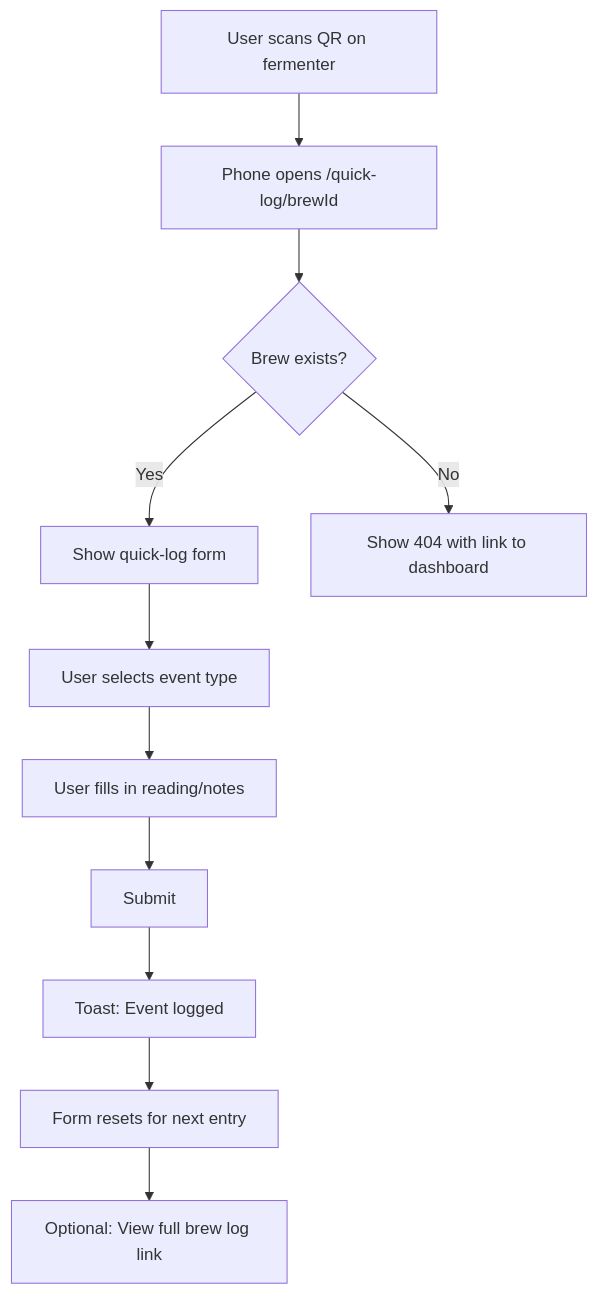
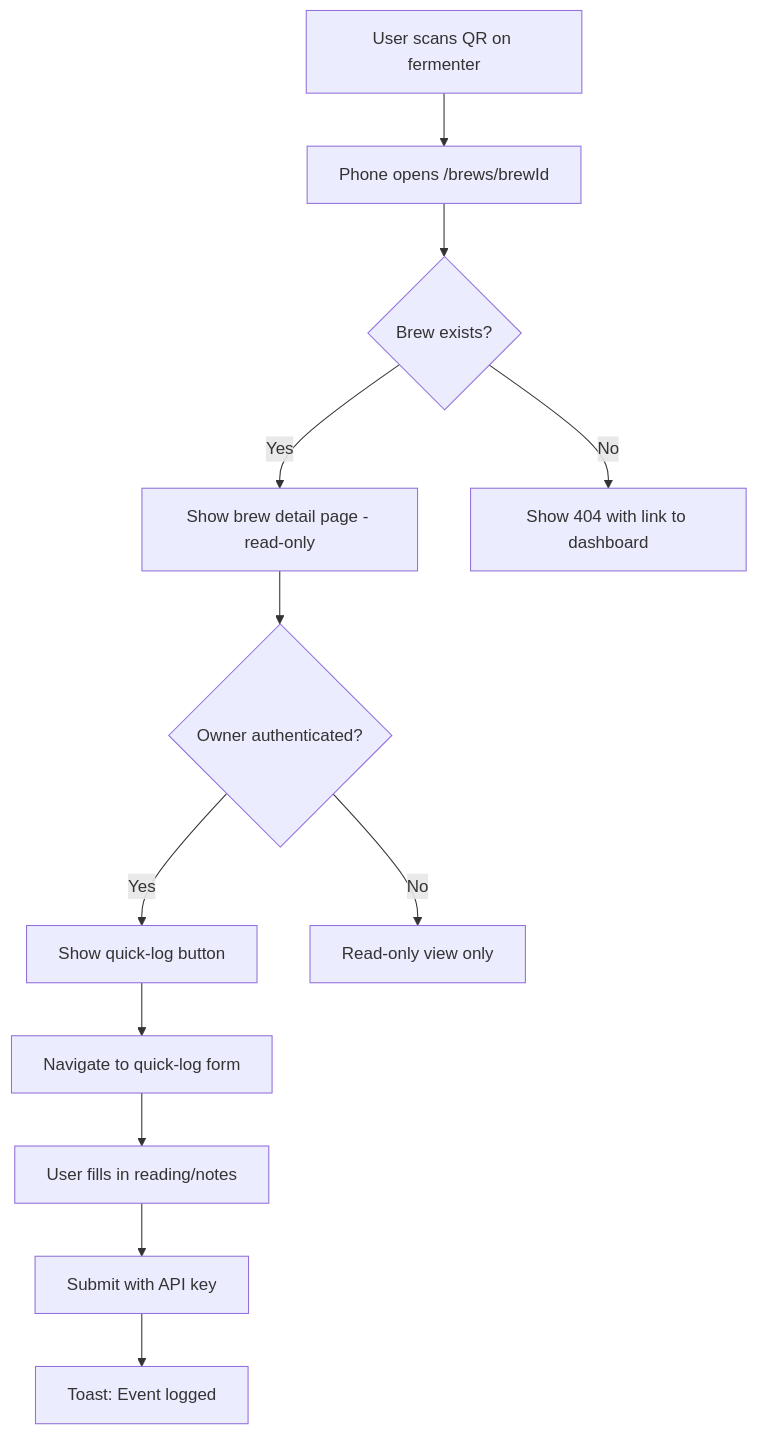
Before and after one commit to vivekmaru/brewlog: the third of 5 diagrams in ARCHITECTURE.md, drawn with Mermaid. The commit also changed other lines of this file, not shown here.

First line of the commit message:
docs: update architecture based on review feedback

````diff
--- a/ARCHITECTURE.md
+++ b/ARCHITECTURE.md
@@ -335,13 +378,14 @@
 ```mermaid
 flowchart TD
-    A[User scans QR on fermenter] --> B[Phone opens /quick-log/brewId]
+    A[User scans QR on fermenter] --> B[Phone opens /brews/brewId]
     B --> C{Brew exists?}
-    C -->|Yes| D[Show quick-log form]
+    C -->|Yes| D[Show brew detail page - read-only]
     C -->|No| E[Show 404 with link to dashboard]
-    D --> F[User selects event type]
-    F --> G[User fills in reading/notes]
-    G --> H[Submit]
-    H --> I[Toast: Event logged]
-    I --> J[Form resets for next entry]
-    J --> K[Optional: View full brew log link]
+    D --> F{Owner authenticated?}
+    F -->|Yes| G[Show quick-log button]
+    F -->|No| H[Read-only view only]
+    G --> I[Navigate to quick-log form]
+    I --> J[User fills in reading/notes]
+    J --> K[Submit with API key]
+    K --> L[Toast: Event logged]
 ```
````
